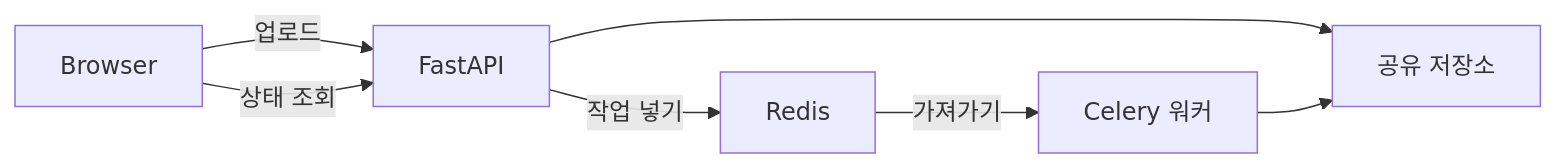
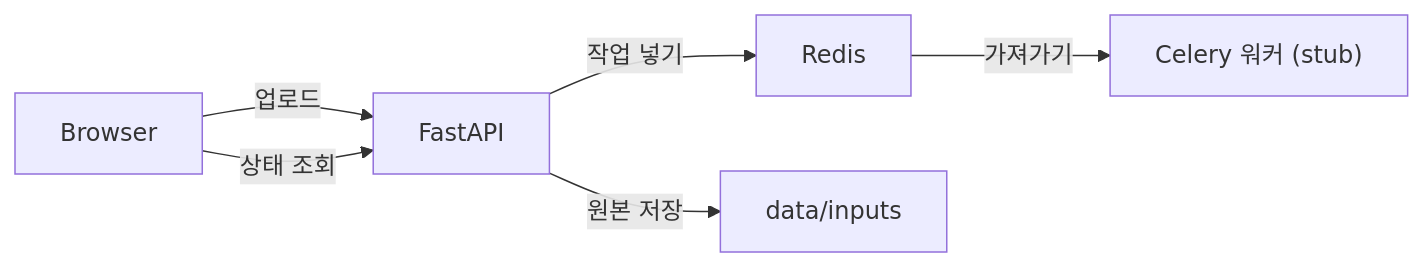
One commit to DSeung001/presentation-md changed the fifth of 7 diagrams in content/2026-07-20-pycon-fastapi-celery/index.md. Above: the diagram before and after it, drawn with Mermaid. The commit also changed other lines of this file and 2 other files, not shown here.

Commit message:
fix: 다이어그램 수정 및 img css 수정

````diff
--- a/content/2026-07-20-pycon-fastapi-celery/index.md
+++ b/content/2026-07-20-pycon-fastapi-celery/index.md
@@ -359,14 +355,13 @@
 ```mermaid
 flowchart LR
     Browser["Browser"]
     FastAPI["FastAPI"]
     Redis["Redis"]
-    Celery["Celery 워커"]
-    Data["공유 저장소"]
+    Celery["Celery 워커 (stub)"]
+    Data["data/inputs"]
     Browser -->|"업로드"| FastAPI
+    FastAPI -->|"원본 저장"| Data
     FastAPI -->|"작업 넣기"| Redis
     Redis -->|"가져가기"| Celery
-    FastAPI --> Data
-    Celery --> Data
     Browser -->|"상태 조회"| FastAPI
 ```
````
